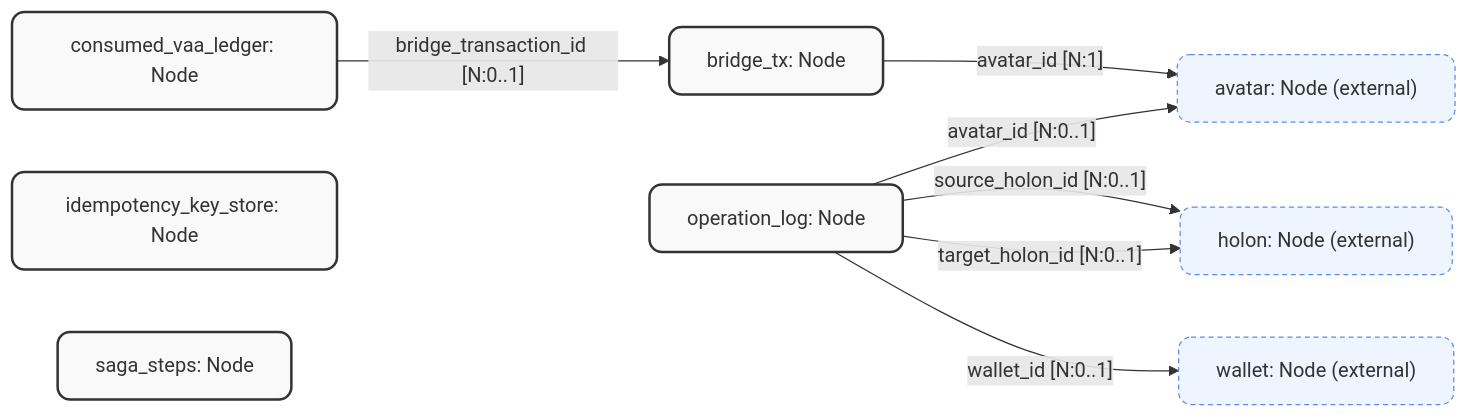
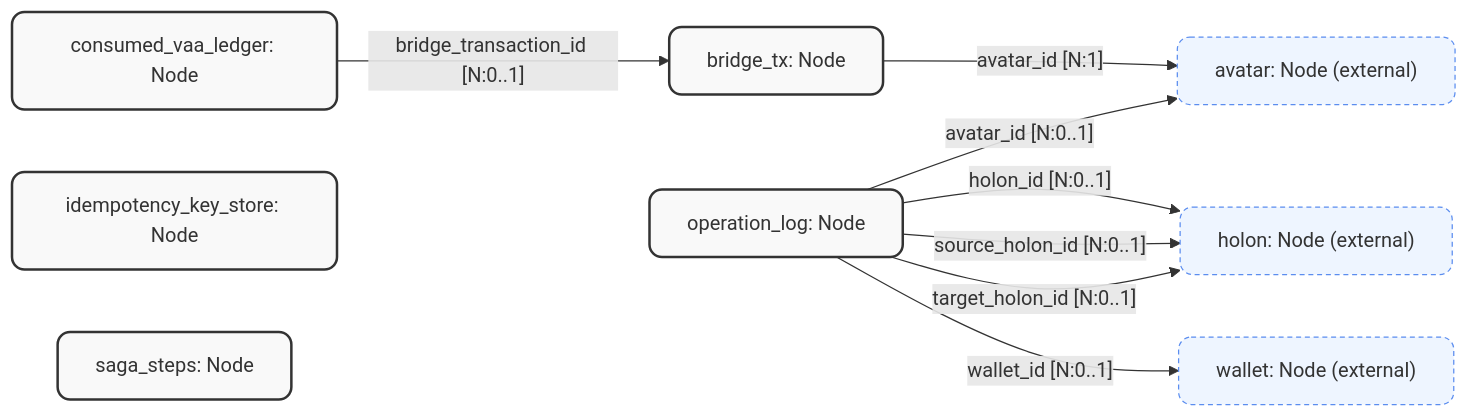
The diagram in Persistence/SurrealDb/Generated/Flowcharts/bridge.flowchart.mermaid (JadeZaher/azoa-autonomous-zones-of-action), drawn with Mermaid before and after one commit. The commit also changed 4 other files, not shown here.

Commit message:
[economic-primitive-nodes] add typed Holon-asset link (asset_id/tx_hash/holon_id) to OperationLog

```diff
--- a/Persistence/SurrealDb/Generated/Flowcharts/bridge.flowchart.mermaid
+++ b/Persistence/SurrealDb/Generated/Flowcharts/bridge.flowchart.mermaid
@@ -1,27 +1,28 @@
 graph LR
     %% Slice: bridge
     %% GENERATED FILE -- do not edit. Source: SurrealDB schema attribute scan.
     %% Regenerate with: dotnet run --project packages/Oasis.SurrealDb.Schema -- flowcharts
 
     %% Nodes in this slice
     bridge_tx["bridge_tx: Node"]:::nodeClass
     consumed_vaa_ledger["consumed_vaa_ledger: Node"]:::nodeClass
     idempotency_key_store["idempotency_key_store: Node"]:::nodeClass
     operation_log["operation_log: Node"]:::nodeClass
     saga_steps["saga_steps: Node"]:::nodeClass
 
     %% Cross-slice targets (rendered as ghost nodes)
     avatar["avatar: Node (external)"]:::externalNode
     holon["holon: Node (external)"]:::externalNode
     wallet["wallet: Node (external)"]:::externalNode
 
     %% Edges (outbound from this slice)
     bridge_tx -- "avatar_id [N:1]" --> avatar
     consumed_vaa_ledger -- "bridge_transaction_id [N:0..1]" --> bridge_tx
     operation_log -- "avatar_id [N:0..1]" --> avatar
+    operation_log -- "holon_id [N:0..1]" --> holon
     operation_log -- "source_holon_id [N:0..1]" --> holon
     operation_log -- "target_holon_id [N:0..1]" --> holon
     operation_log -- "wallet_id [N:0..1]" --> wallet
 
     classDef nodeClass fill:#f9f9f9,stroke:#333,stroke-width:2px,rx:10px,ry:10px;
     classDef externalNode fill:#eef5ff,stroke:#5b8def,stroke-width:1px,stroke-dasharray:4 3,rx:10px,ry:10px;
```
